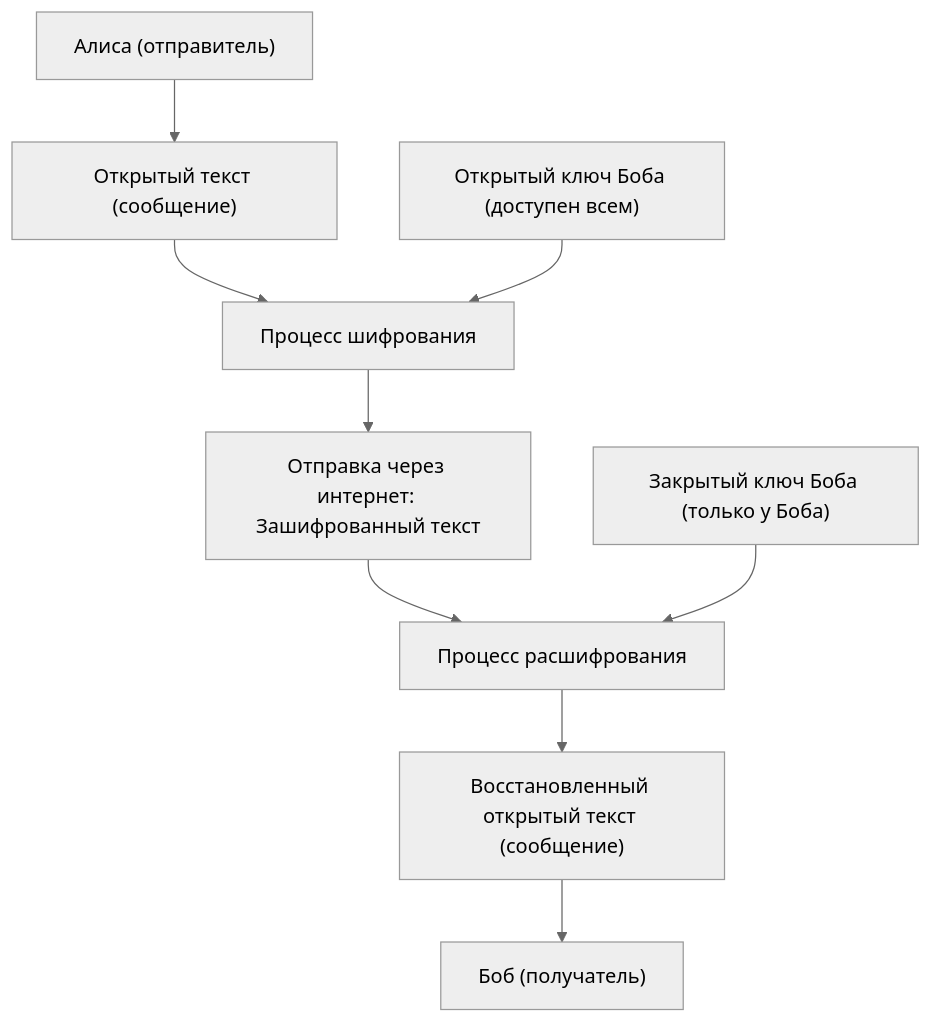
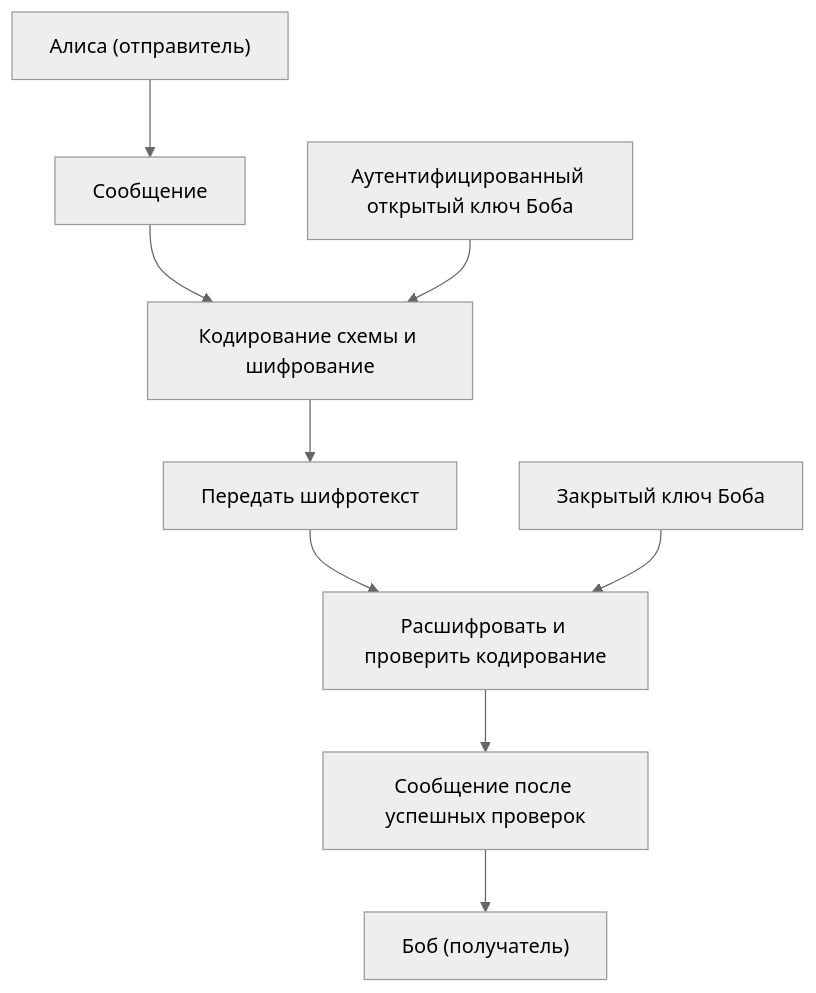
The first of 3 diagrams in content/post/rsa暗号の仕組みを高校生でもわかるように説明する/index.ru.md (kenjinote/blog), drawn with Mermaid (neutral theme) before and after one commit. The commit also changed other lines of this file and 5 other files, not shown here.

````diff
--- a/content/post/rsa暗号の仕組みを高校生でもわかるように説明する/index.ru.md
+++ b/content/post/rsa暗号の仕組みを高校生でもわかるように説明する/index.ru.md
@@ -45,11 +23,11 @@
 ```mermaid
 graph TD
-    A["Алиса (отправитель)"] --> B["Открытый текст (сообщение)"]
-    B --> C["Процесс шифрования"]
-    D["Открытый ключ Боба (доступен всем)"] --> C
-    C --> E["Отправка через интернет: Зашифрованный текст"]
-    E --> F["Процесс расшифрования"]
-    G["Закрытый ключ Боба (только у Боба)"] --> F
-    F --> H["Восстановленный открытый текст (сообщение)"]
+    A["Алиса (отправитель)"] --> B["Сообщение"]
+    B --> C["Кодирование схемы и шифрование"]
+    D["Аутентифицированный открытый ключ Боба"] --> C
+    C --> E["Передать шифротекст"]
+    E --> F["Расшифровать и проверить кодирование"]
+    G["Закрытый ключ Боба"] --> F
+    F --> H["Сообщение после успешных проверок"]
     H --> I["Боб (получатель)"]
 ```
````
